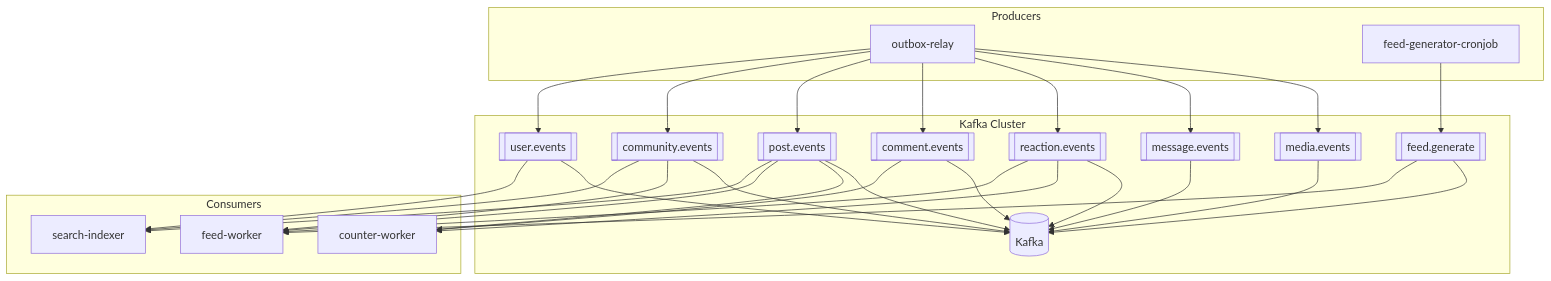
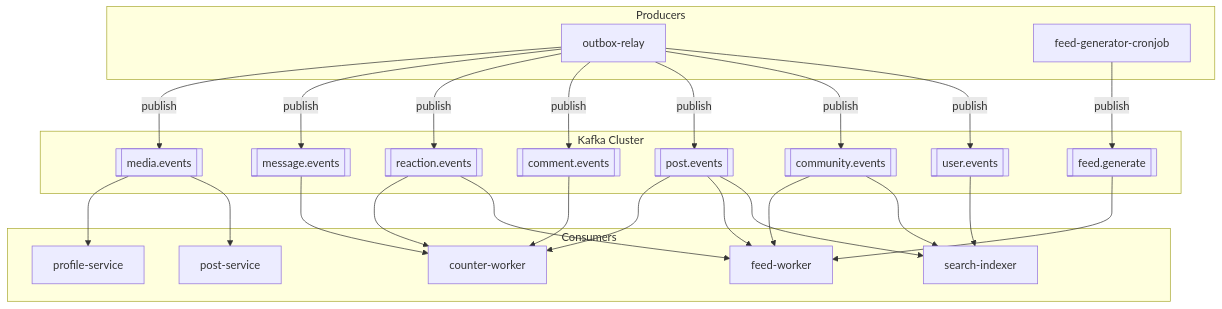
One commit to sorrtory/VkEdu-Highload changed the fifth of 7 diagrams in hw/10.md. Above: the diagram before and after it, drawn with Mermaid. The commit also changed other lines of this file and 2 other files, not shown here.

````diff
--- a/hw/10.md
+++ b/hw/10.md
@@ -359,58 +365,53 @@
 ```mermaid
 flowchart TB
     subgraph Producers["Producers"]
         OutboxRelay[outbox-relay]
         FeedCron[feed-generator-cronjob]
     end
 
     subgraph Kafka["Kafka Cluster"]
-        KafkaNode[(Kafka)]
-
         UserEvents[[user.events]]
         CommunityEvents[[community.events]]
         PostEvents[[post.events]]
         CommentEvents[[comment.events]]
         ReactionEvents[[reaction.events]]
         MessageEvents[[message.events]]
         MediaEvents[[media.events]]
         FeedGenerate[[feed.generate]]
     end
 
     subgraph Consumers["Consumers"]
+        PostSvc[post-service]
+        ProfileSvc[profile-service]
         FeedWorker[feed-worker]
         SearchIndexer[search-indexer]
         CounterWorker[counter-worker]
     end
 
-    OutboxRelay --> UserEvents
-    OutboxRelay --> CommunityEvents
-    OutboxRelay --> PostEvents
-    OutboxRelay --> CommentEvents
-    OutboxRelay --> ReactionEvents
-    OutboxRelay --> MessageEvents
-    OutboxRelay --> MediaEvents
+    OutboxRelay -->|publish| UserEvents
+    OutboxRelay -->|publish| CommunityEvents
+    OutboxRelay -->|publish| PostEvents
+    OutboxRelay -->|publish| CommentEvents
+    OutboxRelay -->|publish| ReactionEvents
+    OutboxRelay -->|publish| MessageEvents
+    OutboxRelay -->|publish| MediaEvents
 
-    FeedCron --> FeedGenerate
+    FeedCron -->|publish| FeedGenerate
 
     UserEvents --> SearchIndexer
     CommunityEvents --> SearchIndexer
     PostEvents --> SearchIndexer
 
     PostEvents --> FeedWorker
     ReactionEvents --> FeedWorker
     CommunityEvents --> FeedWorker
     FeedGenerate --> FeedWorker
 
     CommentEvents --> CounterWorker
     ReactionEvents --> CounterWorker
     PostEvents --> CounterWorker
+    MessageEvents --> CounterWorker
 
-    UserEvents --> KafkaNode
-    CommunityEvents --> KafkaNode
-    PostEvents --> KafkaNode
-    CommentEvents --> KafkaNode
-    ReactionEvents --> KafkaNode
-    MessageEvents --> KafkaNode
-    MediaEvents --> KafkaNode
-    FeedGenerate --> KafkaNode
+    MediaEvents --> PostSvc
+    MediaEvents --> ProfileSvc
 ```
````
